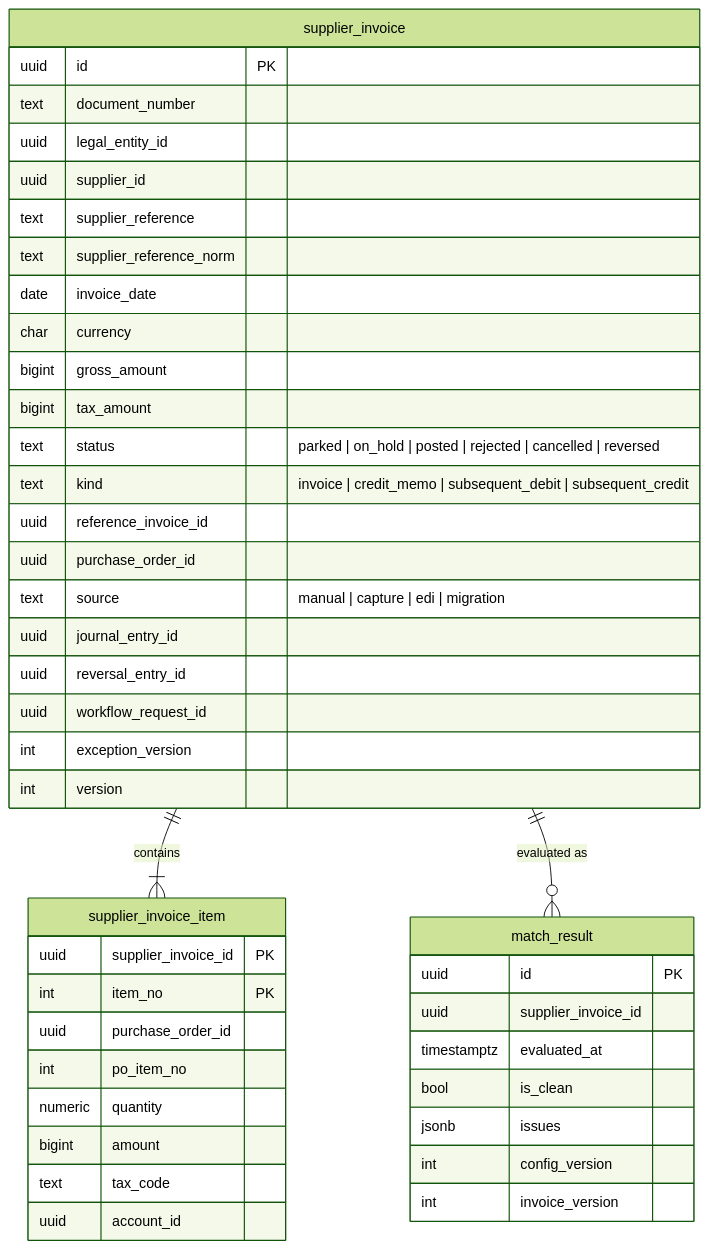
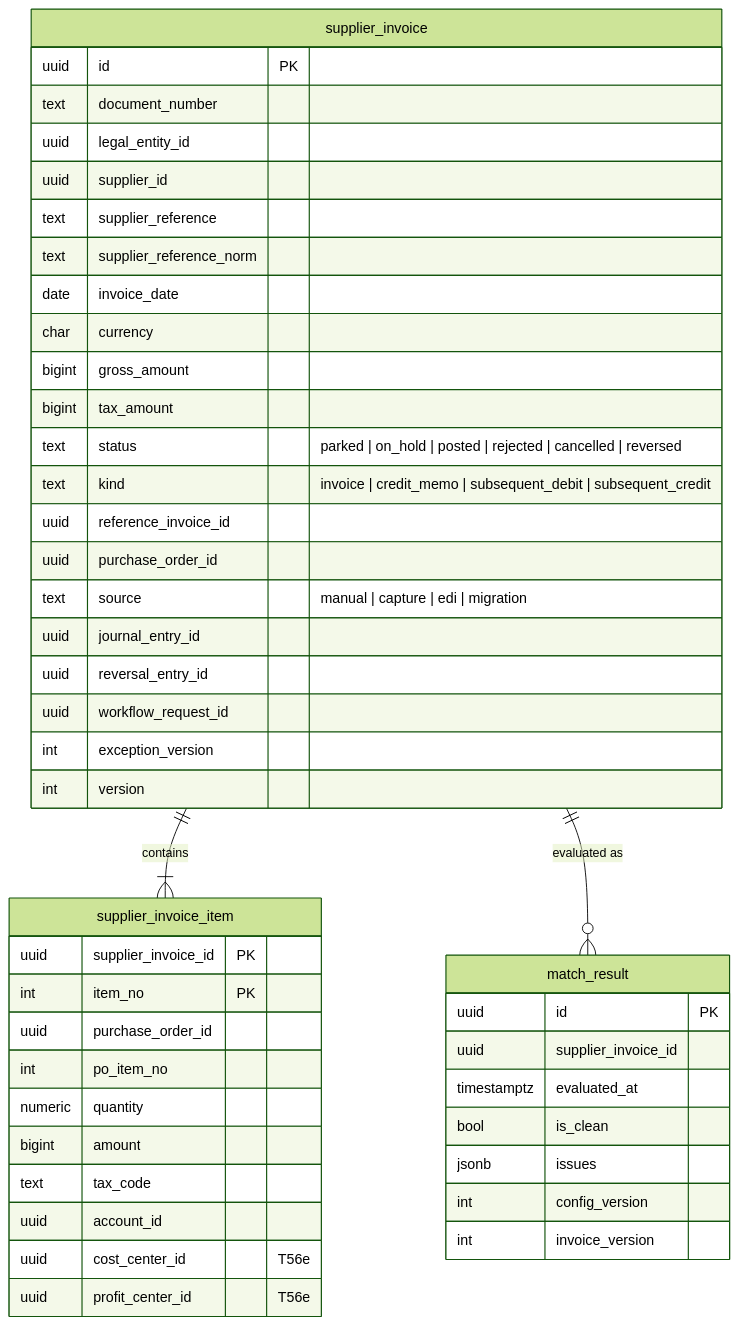
One commit to mustie7iy/agentic-erp changed the seventh of 10 diagrams in docs/design/03-data-model.md. Above: the diagram before and after it, drawn with Mermaid (forest theme). The commit also changed other lines of this file and 48 other files, not shown here.

````diff
--- a/docs/design/03-data-model.md
+++ b/docs/design/03-data-model.md
@@ -1320,40 +1336,42 @@
 ```mermaid
 erDiagram
   supplier_invoice ||--|{ supplier_invoice_item : contains
   supplier_invoice ||--o{ match_result : "evaluated as"
   supplier_invoice { uuid id PK
     text document_number
     uuid legal_entity_id
     uuid supplier_id
     text supplier_reference
     text supplier_reference_norm
     date invoice_date
     char currency
     bigint gross_amount
     bigint tax_amount
     text status "parked | on_hold | posted | rejected | cancelled | reversed"
     text kind "invoice | credit_memo | subsequent_debit | subsequent_credit"
     uuid reference_invoice_id
     uuid purchase_order_id
     text source "manual | capture | edi | migration"
     uuid journal_entry_id
     uuid reversal_entry_id
     uuid workflow_request_id
     int exception_version
     int version }
   supplier_invoice_item { uuid supplier_invoice_id PK
     int item_no PK
     uuid purchase_order_id
     int po_item_no
     numeric quantity
     bigint amount
     text tax_code
-    uuid account_id }
+    uuid account_id
+    uuid cost_center_id "T56e"
+    uuid profit_center_id "T56e" }
   match_result { uuid id PK
     uuid supplier_invoice_id
     timestamptz evaluated_at
     bool is_clean
     jsonb issues
     int config_version
     int invoice_version }
 ```
````
